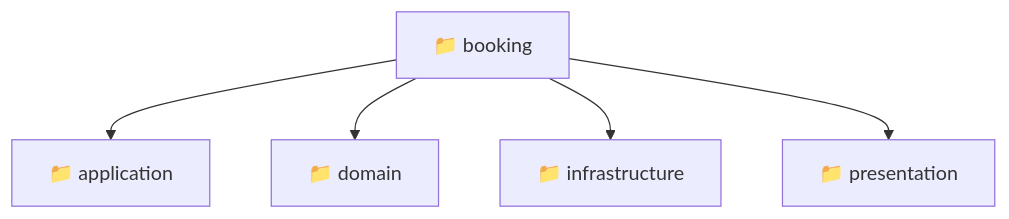
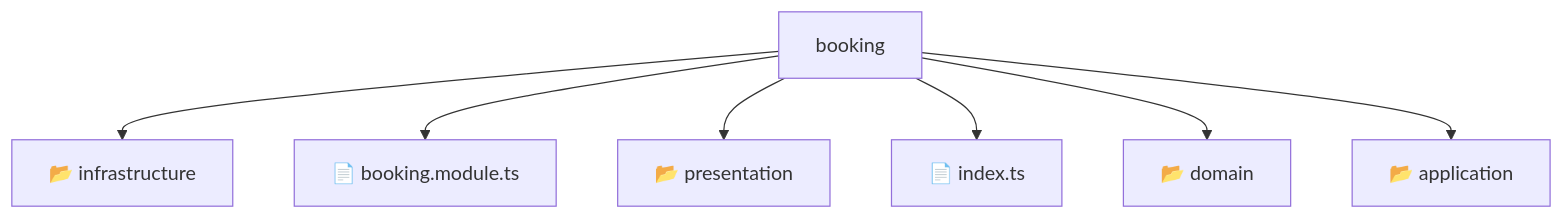
One commit to beginwebdev2002/fullstack-mavluda changed the diagram in backend/src/modules/booking/README.md. Above: the diagram before and after it, drawn with Mermaid. The commit also changed other lines of this file and 155 other files, not shown here.

````diff
--- a/backend/src/modules/booking/README.md
+++ b/backend/src/modules/booking/README.md
@@ -10,8 +14,10 @@
 ```mermaid
 graph TD
-  Root["📁 booking"]
-  Root --> application["📁 application"]
-  Root --> domain["📁 domain"]
-  Root --> infrastructure["📁 infrastructure"]
-  Root --> presentation["📁 presentation"]
+    Root[booking]
+    Root --> F0[📂 infrastructure]
+    Root --> F1[📄 booking.module.ts]
+    Root --> F2[📂 presentation]
+    Root --> F3[📄 index.ts]
+    Root --> F4[📂 domain]
+    Root --> F5[📂 application]
 ```
````
